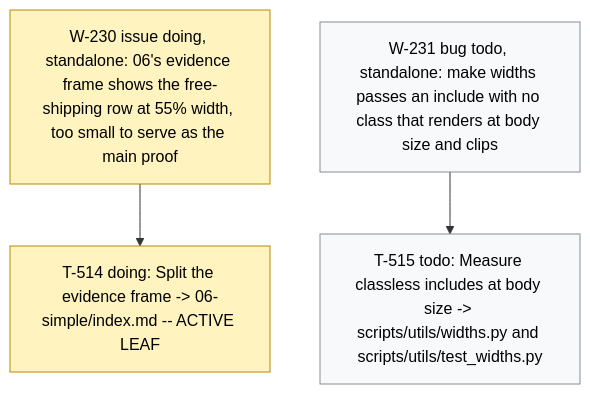
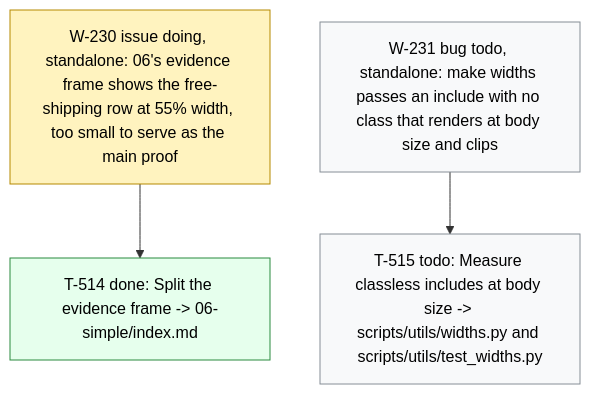
One commit to dpopchev/chaos-to-simple changed the diagram in .board/BOARD.md. Above: the diagram before and after it, drawn with Mermaid. The commit also changed other lines of this file and 1 other file, not shown here.

Commit message:
chore(board): close T-514 -- W-230 ready to land
Refs: W-230 T-514

````diff
--- a/.board/BOARD.md
+++ b/.board/BOARD.md
@@ -1373,14 +1373,15 @@
 ```mermaid
 flowchart TD
   W230["W-230 issue doing, standalone: 06's evidence frame shows the free-shipping row at 55% width, too small to serve as the main proof"]
-  W230 --> T514["T-514 doing: Split the evidence frame -> 06-simple/index.md -- ACTIVE LEAF"]
+  W230 --> T514["T-514 done: Split the evidence frame -> 06-simple/index.md"]
   W231["W-231 bug todo, standalone: make widths passes an include with no class that renders at body size and clips"]
   W231 --> T515["T-515 todo: Measure classless includes at body size -> scripts/utils/widths.py and scripts/utils/test_widths.py"]
   classDef doing fill:#fff3bf,stroke:#b58900,color:#000;
   classDef blocked fill:#ffe3e3,stroke:#c92a2a,color:#000;
   classDef done fill:#e6ffed,stroke:#2b8a3e,color:#000;
   classDef todo fill:#f8f9fa,stroke:#868e96,color:#000;
   classDef pruned fill:#f1f3f5,stroke:#adb5bd,color:#000;
-  class W230,T514 doing
+  class W230 doing
+  class T514 done
   class W231,T515 todo
 ```
````
